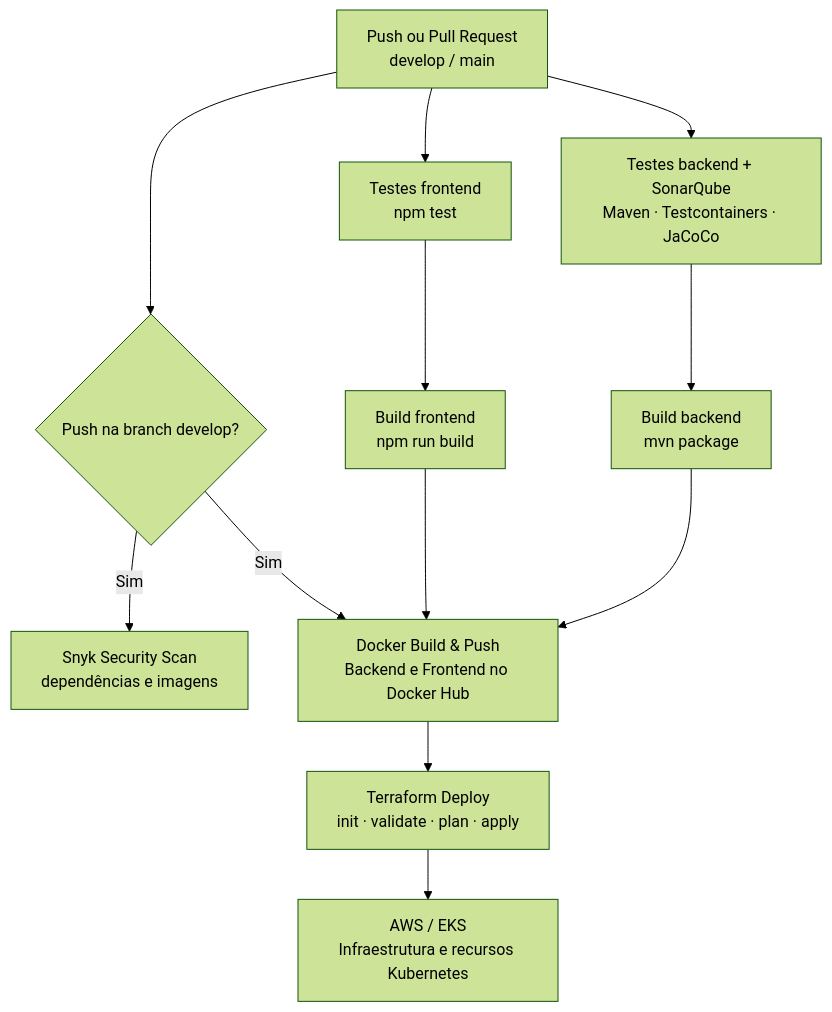
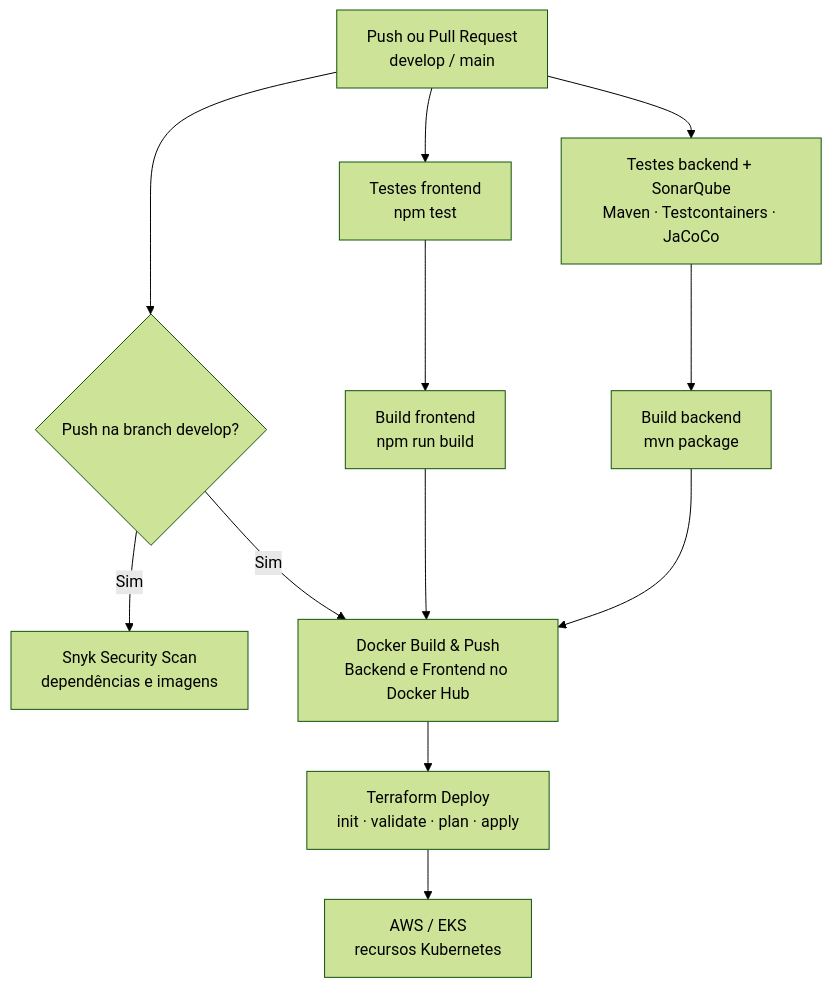
Before and after one commit to BrunoSousa06/autoflow: the diagram in README.md, drawn with Mermaid (forest theme). The commit also changed other lines of this file and 1 other file, not shown here.

````diff
--- a/README.md
+++ b/README.md
@@ -256,18 +256,18 @@
 ```mermaid
 flowchart TD
     A["Push ou Pull Request<br/>develop / main"] --> B["Testes backend + SonarQube<br/>Maven · Testcontainers · JaCoCo"]
     A --> C["Testes frontend<br/>npm test"]
 
     B --> D["Build backend<br/>mvn package"]
     C --> E["Build frontend<br/>npm run build"]
 
     A --> F{"Push na branch develop?"}
     F -->|Sim| G["Snyk Security Scan<br/>dependências e imagens"]
 
     D --> H["Docker Build & Push<br/>Backend e Frontend no Docker Hub"]
     E --> H
     F -->|Sim| H
 
     H --> I["Terraform Deploy<br/>init · validate · plan · apply"]
-    I --> J["AWS / EKS<br/>Infraestrutura e recursos Kubernetes"]
+    I --> J["AWS / EKS<br/>recursos Kubernetes"]
 ```
````
